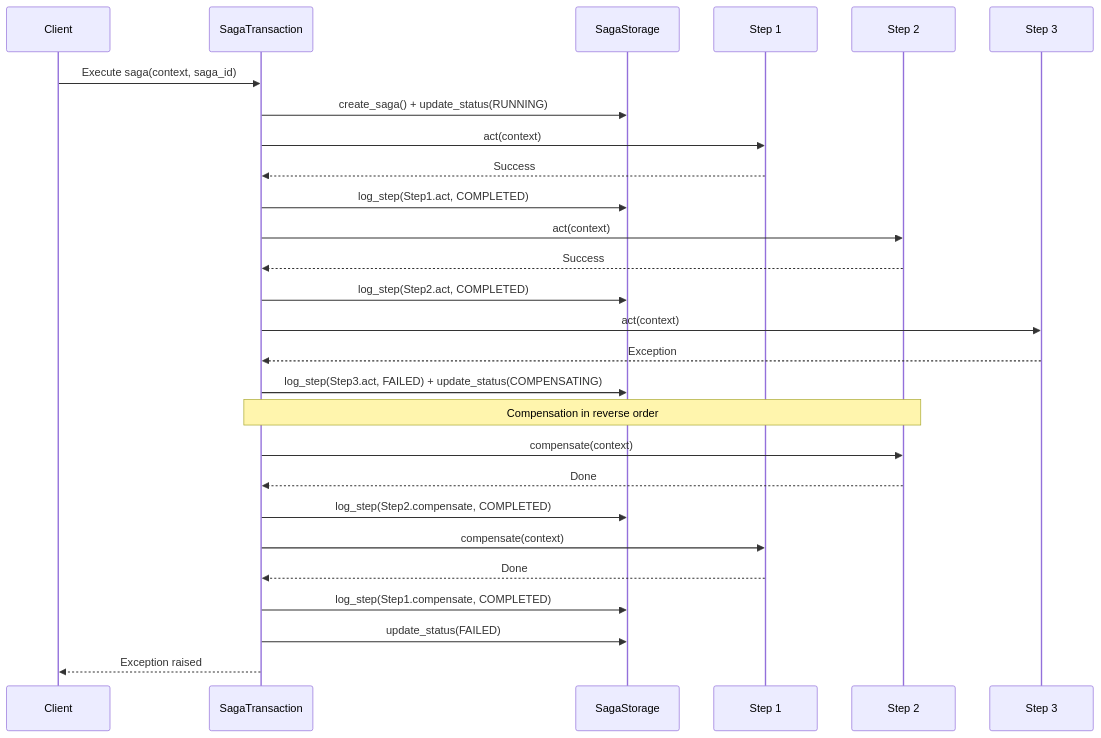
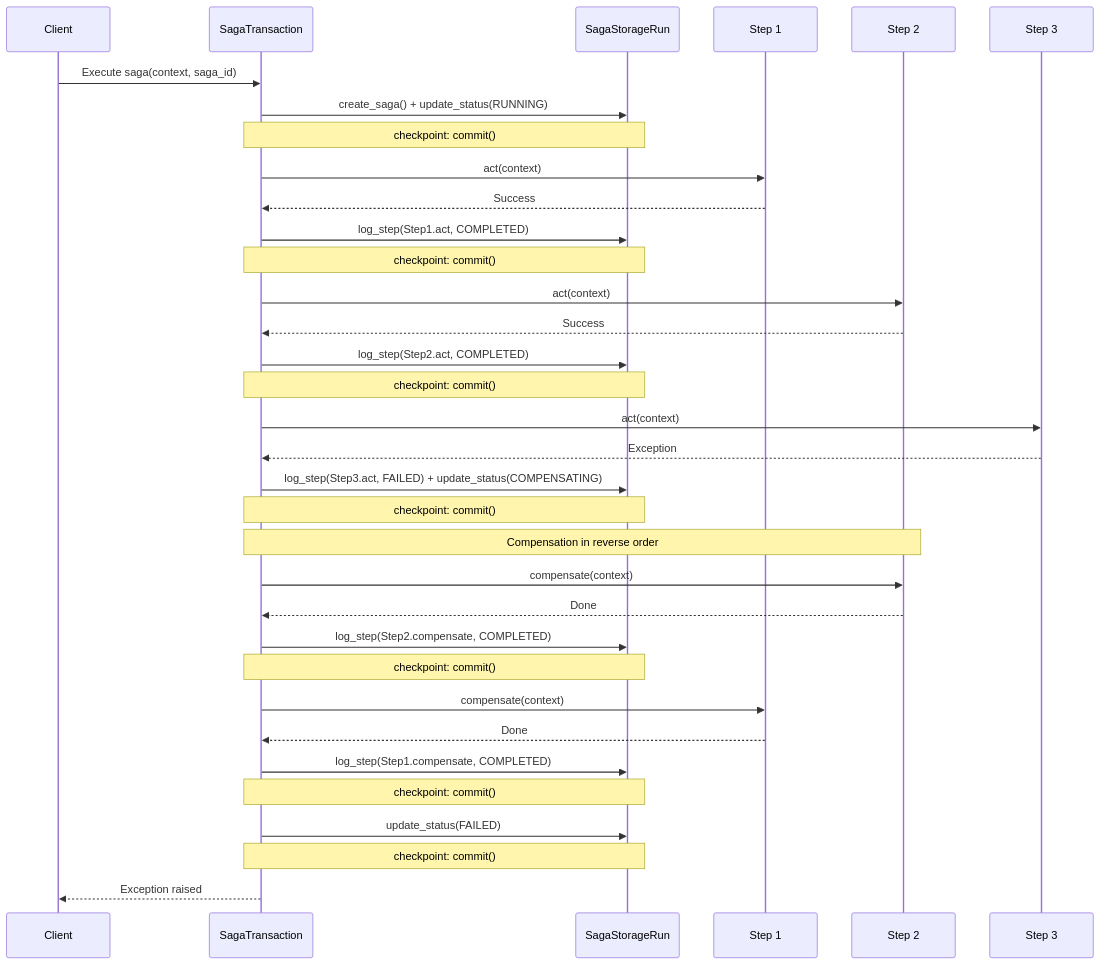
The second of 4 diagrams in docs/saga/flow.md (vadikko2/python-cqrs-mkdocs), drawn with Mermaid before and after one commit. The commit also changed other lines of this file and 14 other files, not shown here.

````diff
--- a/docs/saga/flow.md
+++ b/docs/saga/flow.md
@@ -41,37 +48,44 @@
 ```mermaid
 sequenceDiagram
     participant Client
     participant Transaction as SagaTransaction
-    participant Storage as SagaStorage
+    participant Run as SagaStorageRun
     participant Step1 as Step 1
     participant Step2 as Step 2
     participant Step3 as Step 3
 
     Client->>Transaction: Execute saga(context, saga_id)
-    Transaction->>Storage: create_saga() + update_status(RUNNING)
+    Transaction->>Run: create_saga() + update_status(RUNNING)
+    Note over Transaction,Run: checkpoint: commit()
     
     Transaction->>Step1: act(context)
     Step1-->>Transaction: Success
-    Transaction->>Storage: log_step(Step1.act, COMPLETED)
+    Transaction->>Run: log_step(Step1.act, COMPLETED)
+    Note over Transaction,Run: checkpoint: commit()
     
     Transaction->>Step2: act(context)
     Step2-->>Transaction: Success
-    Transaction->>Storage: log_step(Step2.act, COMPLETED)
+    Transaction->>Run: log_step(Step2.act, COMPLETED)
+    Note over Transaction,Run: checkpoint: commit()
     
     Transaction->>Step3: act(context)
     Step3-->>Transaction: Exception
-    Transaction->>Storage: log_step(Step3.act, FAILED) + update_status(COMPENSATING)
+    Transaction->>Run: log_step(Step3.act, FAILED) + update_status(COMPENSATING)
+    Note over Transaction,Run: checkpoint: commit()
     
     Note over Transaction,Step2: Compensation in reverse order
     
     Transaction->>Step2: compensate(context)
     Step2-->>Transaction: Done
-    Transaction->>Storage: log_step(Step2.compensate, COMPLETED)
+    Transaction->>Run: log_step(Step2.compensate, COMPLETED)
+    Note over Transaction,Run: checkpoint: commit()
     
     Transaction->>Step1: compensate(context)
     Step1-->>Transaction: Done
-    Transaction->>Storage: log_step(Step1.compensate, COMPLETED)
+    Transaction->>Run: log_step(Step1.compensate, COMPLETED)
+    Note over Transaction,Run: checkpoint: commit()
     
-    Transaction->>Storage: update_status(FAILED)
+    Transaction->>Run: update_status(FAILED)
+    Note over Transaction,Run: checkpoint: commit()
     Transaction-->>Client: Exception raised
 ```
````
